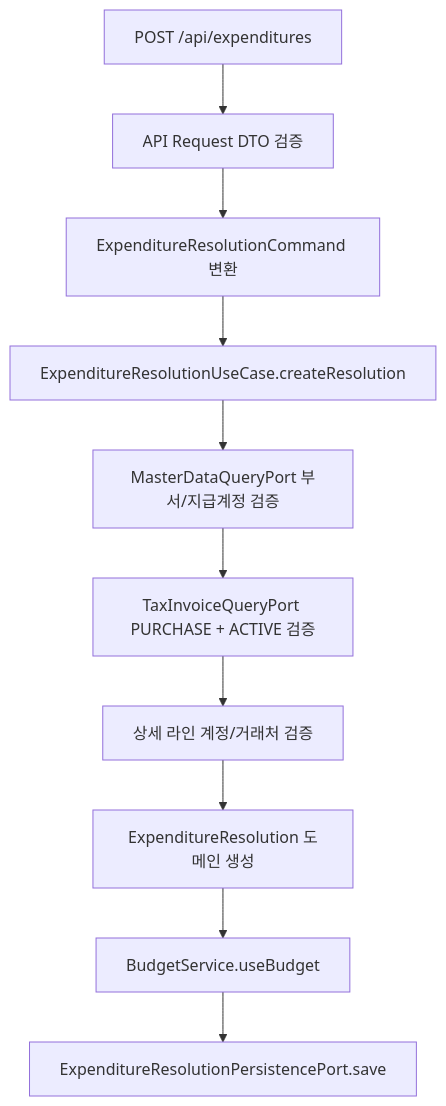
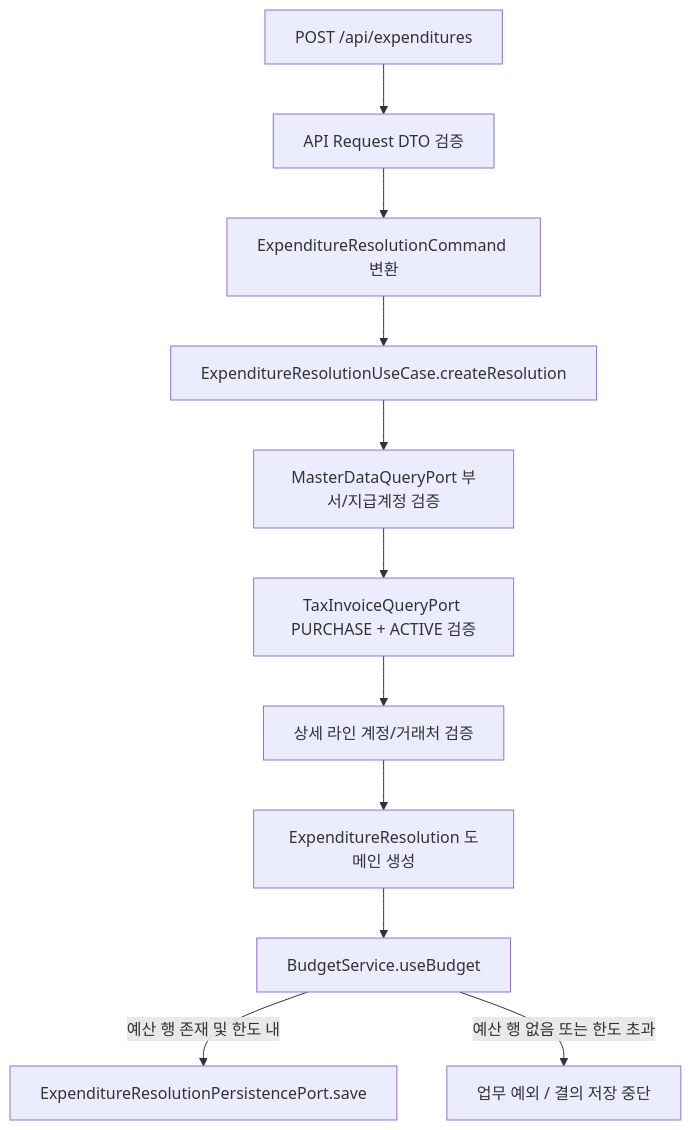
One commit to skyg547/account changed the first of 3 diagrams in expenditure-resolution/docs/process-flow.md. Above: the diagram before and after it, drawn with Mermaid. The commit also changed other lines of this file and 4 other files, not shown here.

````diff
--- a/expenditure-resolution/docs/process-flow.md
+++ b/expenditure-resolution/docs/process-flow.md
@@ -5,12 +5,13 @@
 ```mermaid
 flowchart TD
     A[POST /api/expenditures] --> B[API Request DTO 검증]
     B --> C[ExpenditureResolutionCommand 변환]
     C --> D[ExpenditureResolutionUseCase.createResolution]
     D --> E[MasterDataQueryPort 부서/지급계정 검증]
     E --> F[TaxInvoiceQueryPort PURCHASE + ACTIVE 검증]
     F --> G[상세 라인 계정/거래처 검증]
     G --> H[ExpenditureResolution 도메인 생성]
     H --> I[BudgetService.useBudget]
-    I --> J[ExpenditureResolutionPersistencePort.save]
+    I -->|예산 행 존재 및 한도 내| J[ExpenditureResolutionPersistencePort.save]
+    I -->|예산 행 없음 또는 한도 초과| K[업무 예외 / 결의 저장 중단]
 ```
````
